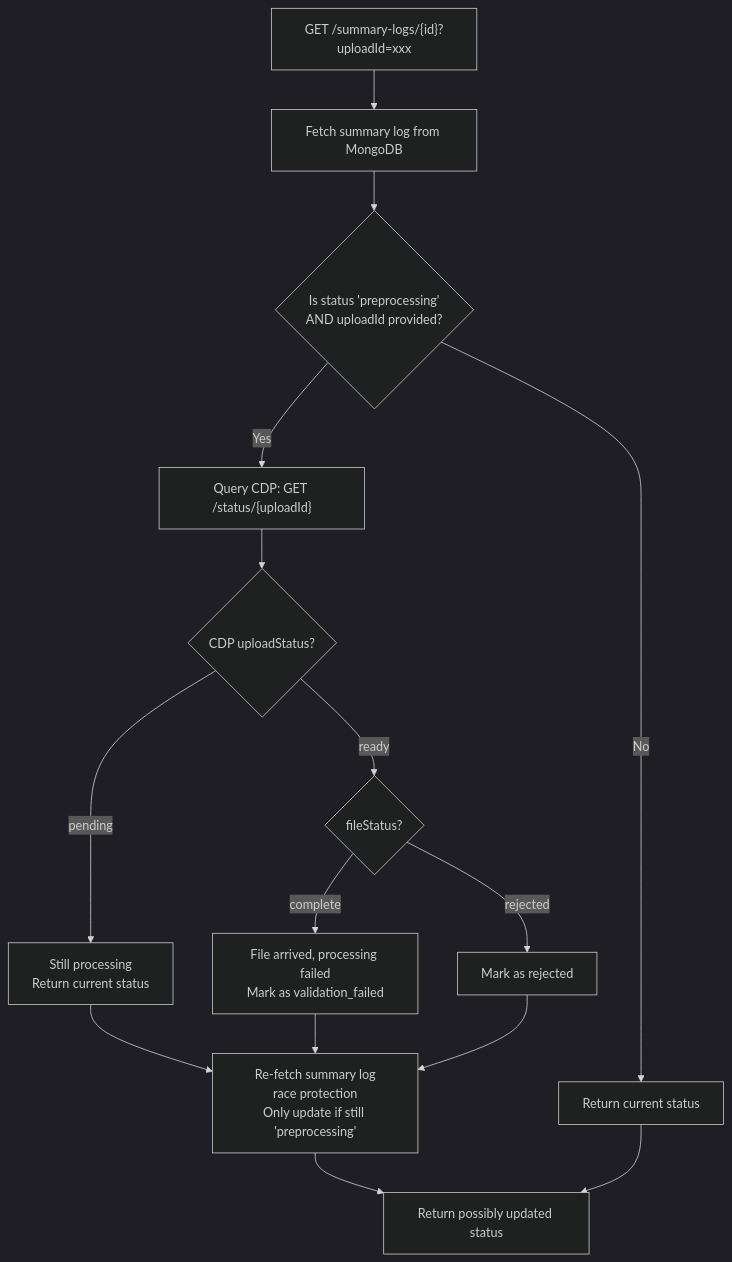
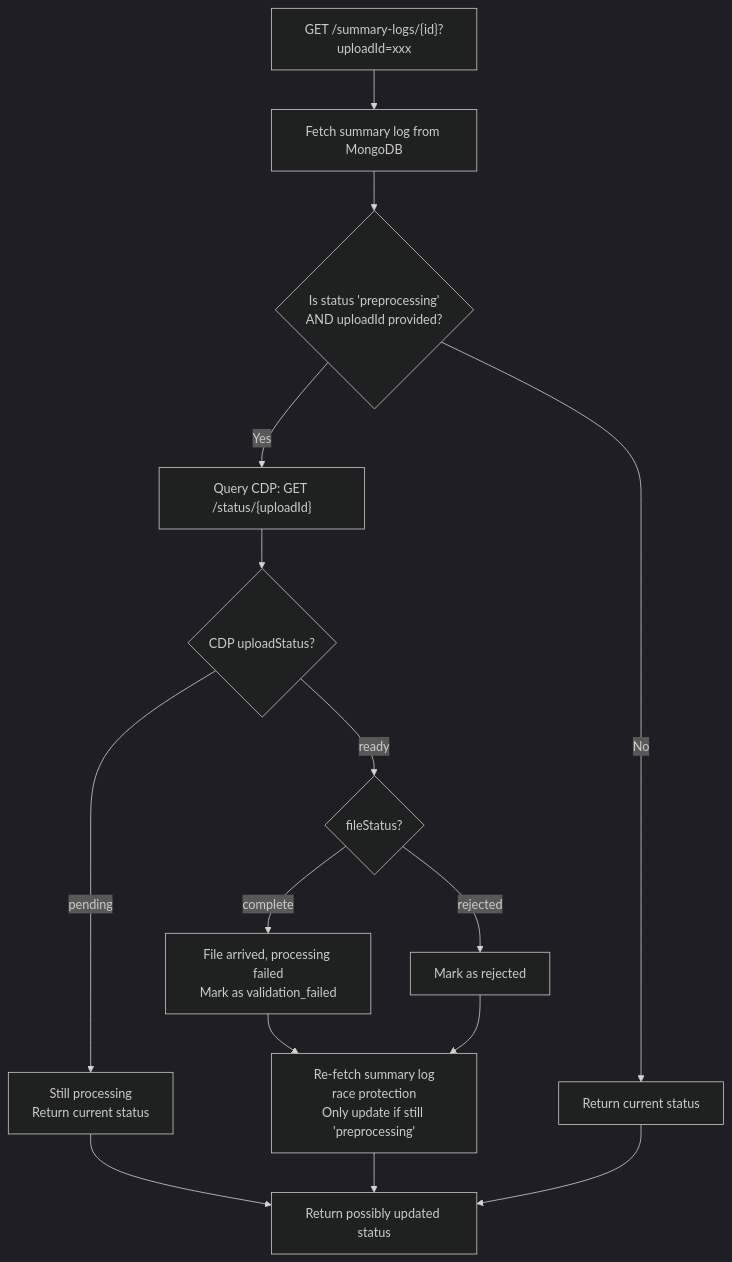
The fourth of 4 diagrams in docs/architecture/discovery/summary-log-processing-failure-handling.md (DEFRA/epr-re-ex-service), drawn with Mermaid (dark theme) before and after one commit.

````diff
--- a/docs/architecture/discovery/summary-log-processing-failure-handling.md
+++ b/docs/architecture/discovery/summary-log-processing-failure-handling.md
@@ -211,23 +211,23 @@
 ```mermaid
 flowchart TD
     A["GET /summary-logs/{id}?uploadId=xxx"] --> B[Fetch summary log from MongoDB]
 
     B --> C{Is status 'preprocessing'<br/>AND uploadId provided?}
 
     C -->|No| H[Return current status]
     C -->|Yes| D["Query CDP: GET /status/{uploadId}"]
 
     D --> E{CDP uploadStatus?}
 
     E -->|ready| F{fileStatus?}
     E -->|pending| G[Still processing<br/>Return current status]
 
     F -->|complete| I[File arrived, processing failed<br/>Mark as validation_failed]
     F -->|rejected| J[Mark as rejected]
 
-    G --> K
+    G --> L
     I --> K[Re-fetch summary log<br/>race protection<br/>Only update if still 'preprocessing']
     J --> K
     K --> L[Return possibly updated status]
     H --> L
 ```
````
